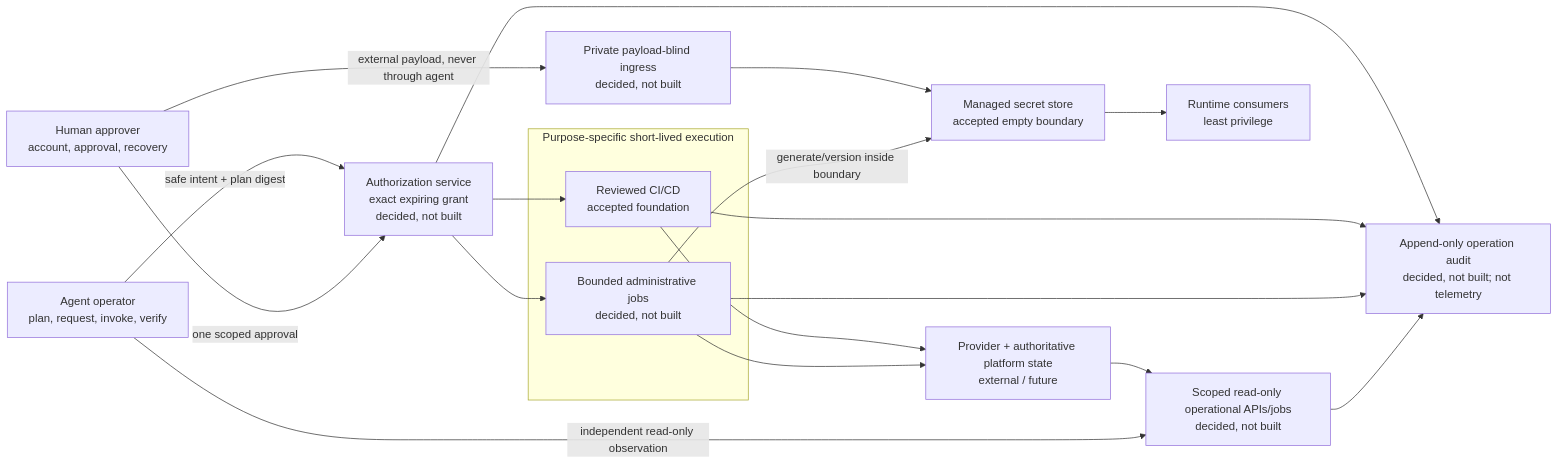
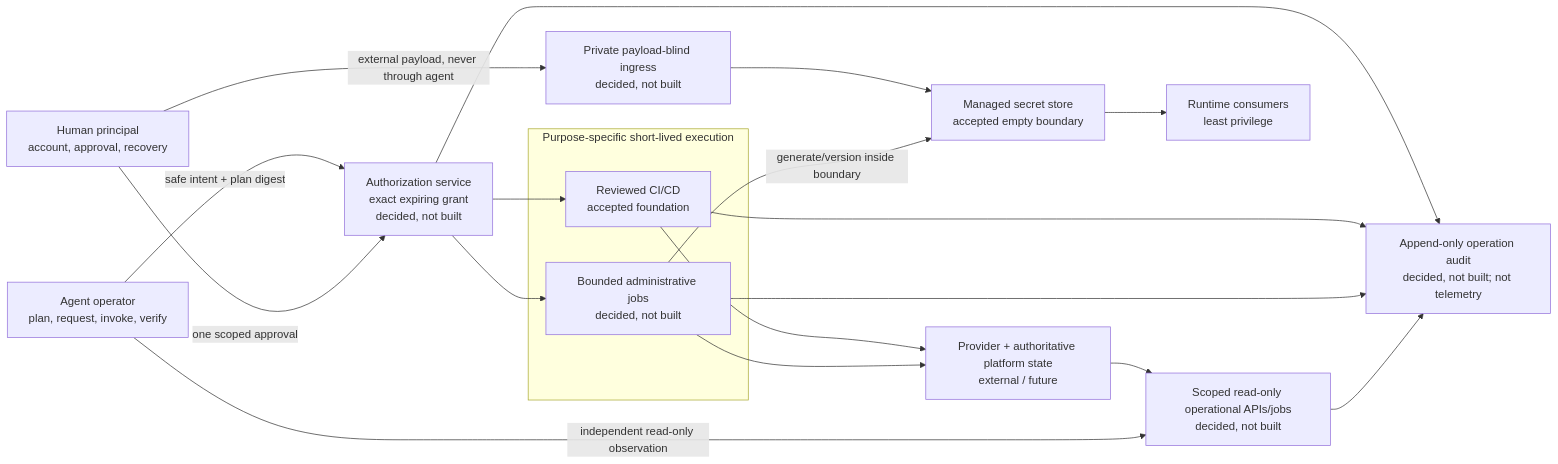
The ninth of 10 diagrams in docs/architecture/overview.md (money-noodle/money-noodle), drawn with Mermaid before and after one commit. The commit also changed other lines of this file and 7 other files, not shown here.

````diff
--- a/docs/architecture/overview.md
+++ b/docs/architecture/overview.md
@@ -352,37 +352,37 @@
 ```mermaid
 flowchart LR
-    human["Human approver<br/>account, approval, recovery"]
+    human["Human principal<br/>account, approval, recovery"]
     agent["Agent operator<br/>plan, request, invoke, verify"]
     auth["Authorization service<br/>exact expiring grant<br/>decided, not built"]
 
     subgraph execution["Purpose-specific short-lived execution"]
         ci["Reviewed CI/CD<br/>accepted foundation"]
         admin["Bounded administrative jobs<br/>decided, not built"]
     end
 
     reads["Scoped read-only operational APIs/jobs<br/>decided, not built"]
     state["Provider + authoritative platform state<br/>external / future"]
     audit["Append-only operation audit<br/>decided, not built; not telemetry"]
     ingress["Private payload-blind ingress<br/>decided, not built"]
     secretStore["Managed secret store<br/>accepted empty boundary"]
     runtime["Runtime consumers<br/>least privilege"]
 
     agent -->|"safe intent + plan digest"| auth
     human -->|"one scoped approval"| auth
     auth --> ci
     auth --> admin
     ci --> state
     admin --> state
     state --> reads
     agent -->|"independent read-only observation"| reads
 
     human -->|"external payload, never through agent"| ingress
     ingress --> secretStore
     admin -->|"generate/version inside boundary"| secretStore
     secretStore --> runtime
 
     auth --> audit
     ci --> audit
     admin --> audit
     reads --> audit
 ```
````
